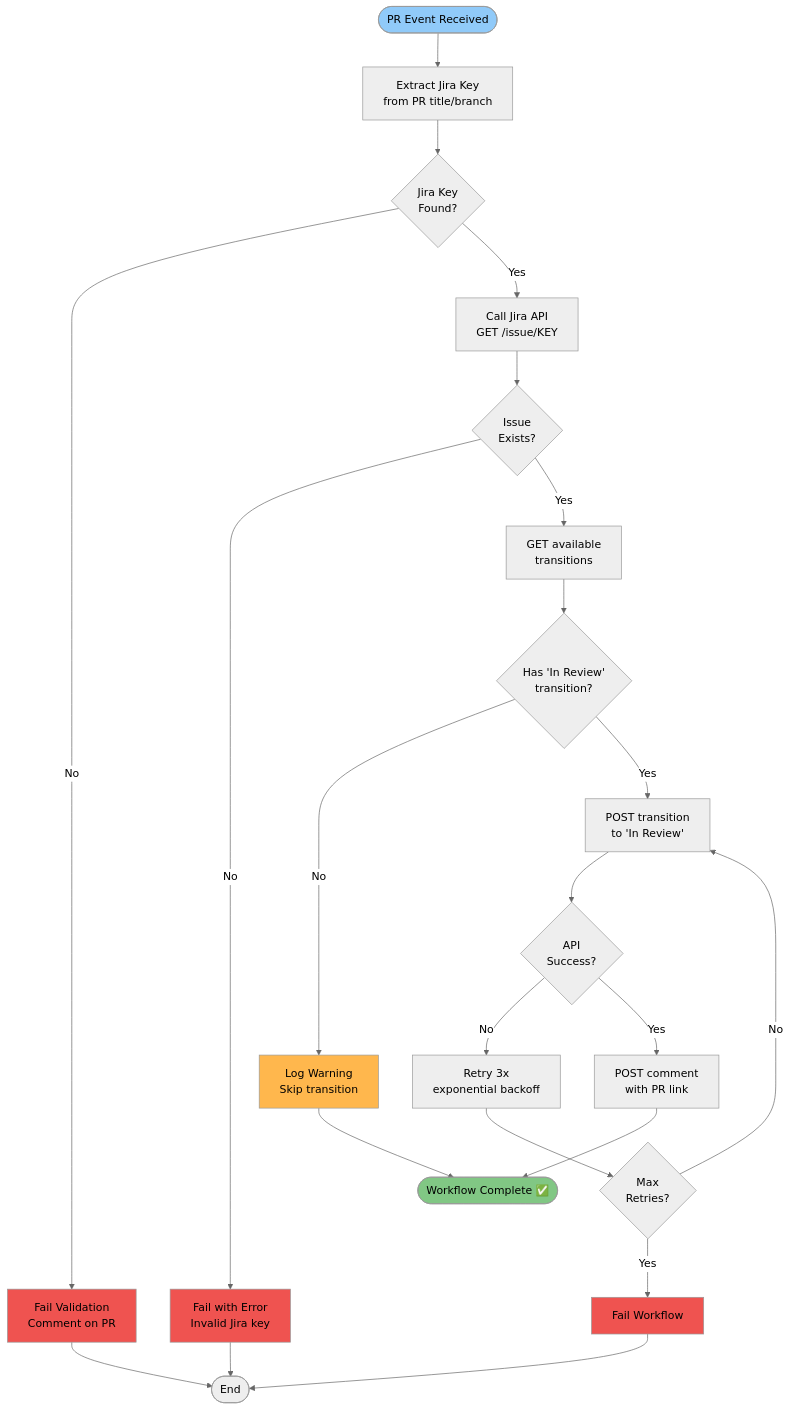
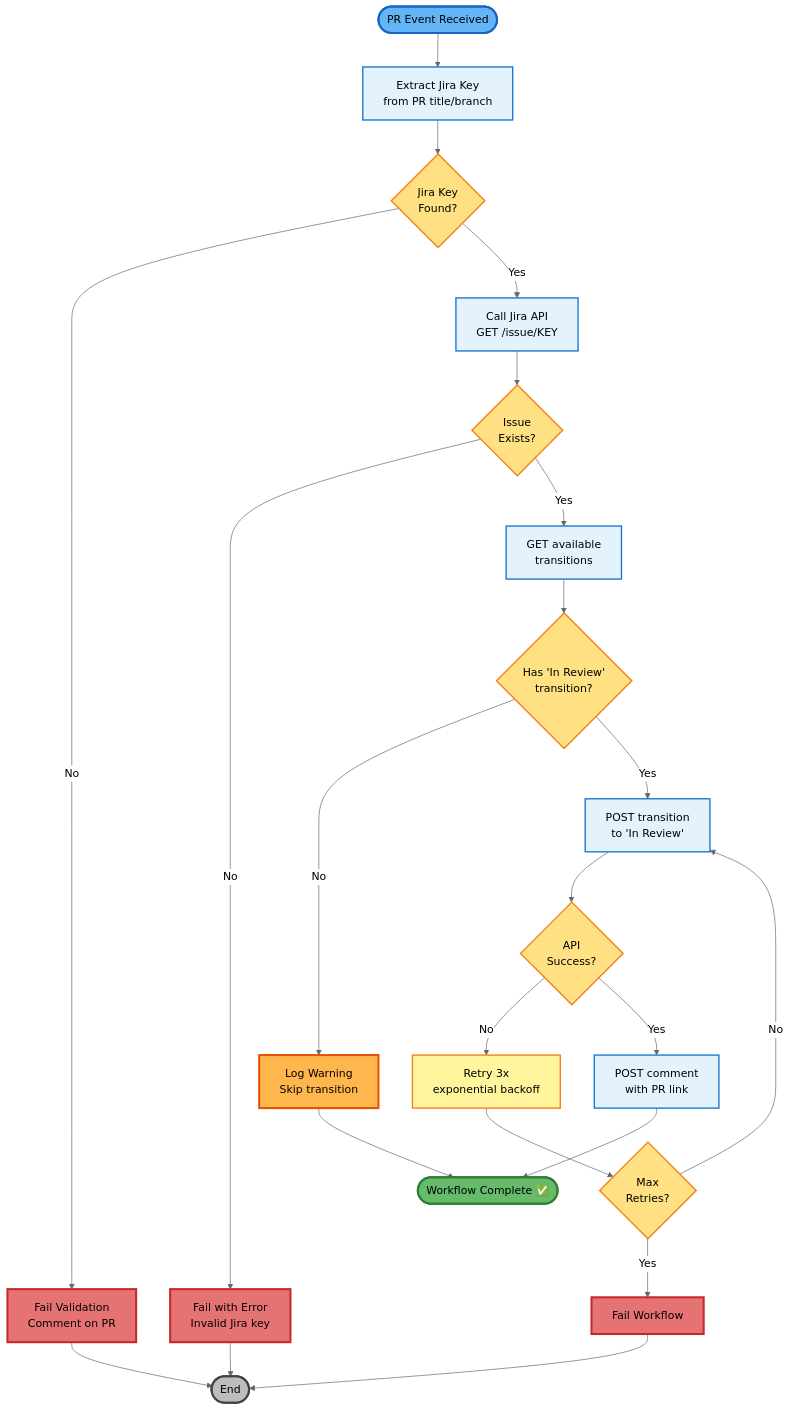
The seventh of 7 diagrams in UX_ARTIFACTS/WORKFLOW_VISUAL_DIAGRAM.md (proteus100/jira-demo-project), drawn with Mermaid (neutral theme) before and after one commit. The commit also changed other lines of this file, not shown here.

First line of the commit message:
Improve diagram contrast for better accessibility

````diff
--- a/UX_ARTIFACTS/WORKFLOW_VISUAL_DIAGRAM.md
+++ b/UX_ARTIFACTS/WORKFLOW_VISUAL_DIAGRAM.md
@@ -173,37 +176,49 @@
 ```mermaid
 flowchart TD
     Start([PR Event Received]) --> ExtractKey[Extract Jira Key<br/>from PR title/branch]
     ExtractKey --> HasKey{Jira Key<br/>Found?}
 
     HasKey -->|No| Fail1[Fail Validation<br/>Comment on PR]
     HasKey -->|Yes| ValidateKey[Call Jira API<br/>GET /issue/KEY]
 
     ValidateKey --> Exists{Issue<br/>Exists?}
     Exists -->|No| Fail2[Fail with Error<br/>Invalid Jira key]
     Exists -->|Yes| GetTransitions[GET available<br/>transitions]
 
     GetTransitions --> FindReview{Has 'In Review'<br/>transition?}
     FindReview -->|No| Warn[Log Warning<br/>Skip transition]
     FindReview -->|Yes| Transition[POST transition<br/>to 'In Review']
 
     Transition --> Success{API<br/>Success?}
     Success -->|No| Retry[Retry 3x<br/>exponential backoff]
     Success -->|Yes| AddComment[POST comment<br/>with PR link]
 
     AddComment --> Complete([Workflow Complete ✅])
     Retry --> MaxRetries{Max<br/>Retries?}
     MaxRetries -->|Yes| Fail3[Fail Workflow]
     MaxRetries -->|No| Transition
 
     Fail1 --> End([End])
     Fail2 --> End
     Fail3 --> End
     Warn --> Complete
 
-    style Start fill:#90CAF9
-    style Complete fill:#81C784
-    style Fail1 fill:#EF5350
-    style Fail2 fill:#EF5350
-    style Fail3 fill:#EF5350
-    style Warn fill:#FFB74D
+    style Start fill:#64B5F6,stroke:#1565C0,stroke-width:3px,color:#000
+    style Complete fill:#66BB6A,stroke:#2E7D32,stroke-width:3px,color:#000
+    style Fail1 fill:#E57373,stroke:#C62828,stroke-width:3px,color:#000
+    style Fail2 fill:#E57373,stroke:#C62828,stroke-width:3px,color:#000
+    style Fail3 fill:#E57373,stroke:#C62828,stroke-width:3px,color:#000
+    style Warn fill:#FFB74D,stroke:#E65100,stroke-width:3px,color:#000
+    style End fill:#BDBDBD,stroke:#424242,stroke-width:3px,color:#000
+    style ExtractKey fill:#E3F2FD,stroke:#1976D2,stroke-width:2px,color:#000
+    style ValidateKey fill:#E3F2FD,stroke:#1976D2,stroke-width:2px,color:#000
+    style GetTransitions fill:#E3F2FD,stroke:#1976D2,stroke-width:2px,color:#000
+    style Transition fill:#E3F2FD,stroke:#1976D2,stroke-width:2px,color:#000
+    style AddComment fill:#E3F2FD,stroke:#1976D2,stroke-width:2px,color:#000
+    style Retry fill:#FFF59D,stroke:#F57F17,stroke-width:2px,color:#000
+    style HasKey fill:#FFE082,stroke:#F57F17,stroke-width:2px,color:#000
+    style Exists fill:#FFE082,stroke:#F57F17,stroke-width:2px,color:#000
+    style FindReview fill:#FFE082,stroke:#F57F17,stroke-width:2px,color:#000
+    style Success fill:#FFE082,stroke:#F57F17,stroke-width:2px,color:#000
+    style MaxRetries fill:#FFE082,stroke:#F57F17,stroke-width:2px,color:#000
 ```
````
